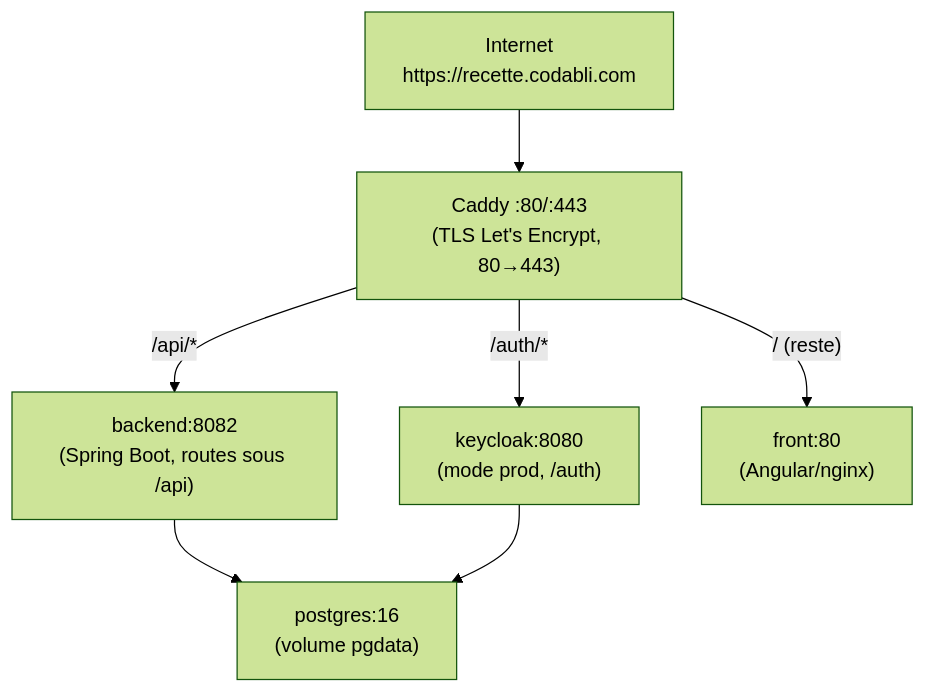
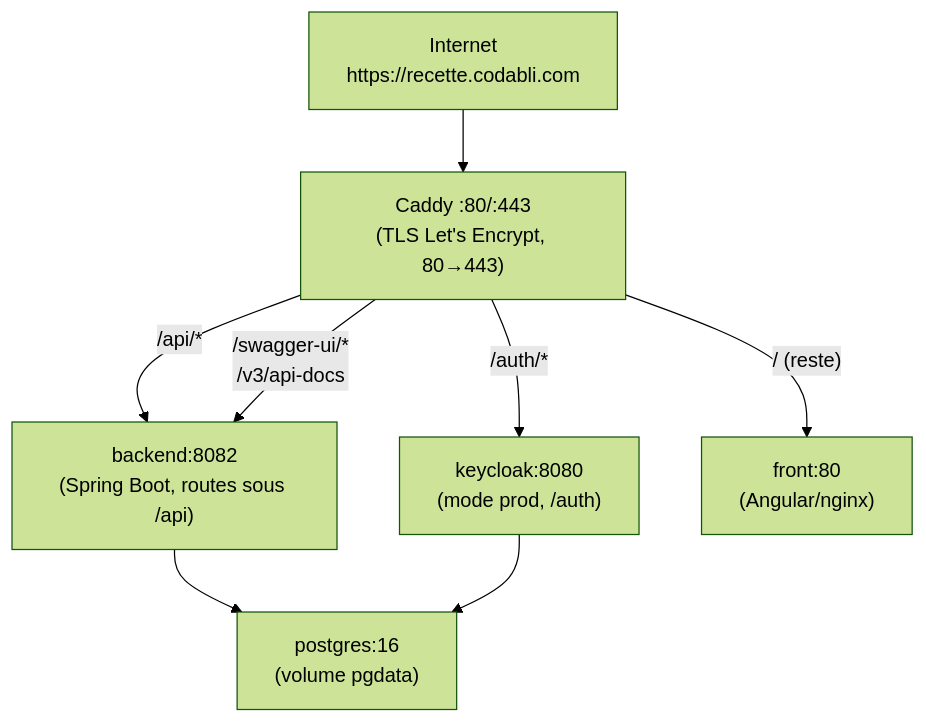
One commit to Codabli/codabli-infra changed the fifth of 5 diagrams in docs/DEPLOIEMENT_RECETTE.md. Above: the diagram before and after it, drawn with Mermaid (forest theme). The commit also changed other lines of this file, not shown here.

First line of the commit message:
docs(recette): documenter l'URL Swagger et son routage Caddy

````diff
--- a/docs/DEPLOIEMENT_RECETTE.md
+++ b/docs/DEPLOIEMENT_RECETTE.md
@@ -233,9 +233,10 @@
 ```mermaid
 flowchart TD
     net["Internet<br/>https://recette.codabli.com"] --> caddy["Caddy :80/:443<br/>(TLS Let's Encrypt, 80→443)"]
     caddy -- "/api/*" --> back["backend:8082<br/>(Spring Boot, routes sous /api)"]
+    caddy -- "/swagger-ui/*<br/>/v3/api-docs" --> back
     caddy -- "/auth/*" --> kc["keycloak:8080<br/>(mode prod, /auth)"]
     caddy -- "/ (reste)" --> front["front:80<br/>(Angular/nginx)"]
     back --> pg["postgres:16<br/>(volume pgdata)"]
     kc --> pg
 ```
````
